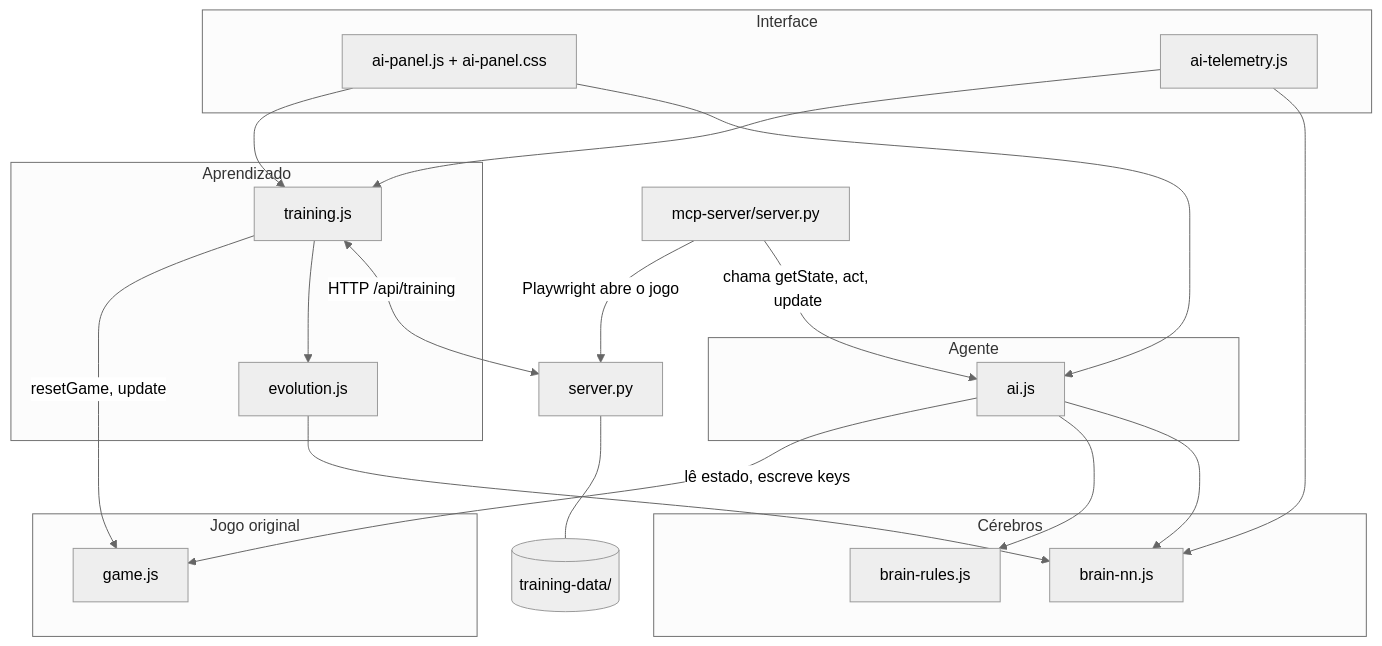
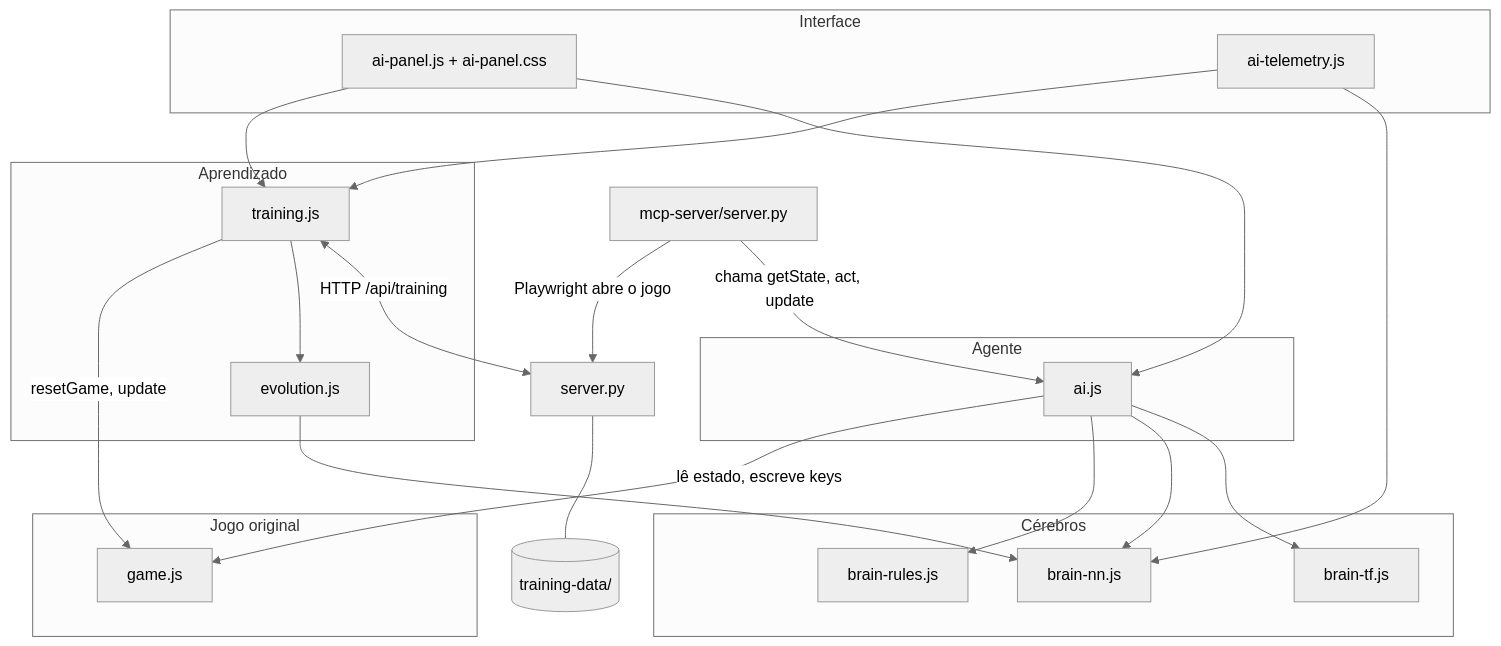
The second of 2 diagrams in docs/01-visao-geral.md (GuilhermeBrunholi/space-impact-ai), drawn with Mermaid (neutral theme) before and after one commit. The commit also changed other lines of this file and 10 other files, not shown here.

````diff
--- a/docs/01-visao-geral.md
+++ b/docs/01-visao-geral.md
@@ -137,36 +141,38 @@
 ```mermaid
 flowchart TB
     subgraph Jogo original
         game[game.js]
     end
     subgraph Cérebros
         rules[brain-rules.js]
         nn[brain-nn.js]
+        tf[brain-tf.js]
     end
     subgraph Aprendizado
         evo[evolution.js]
         train[training.js]
     end
     subgraph Agente
         ai[ai.js]
     end
     subgraph Interface
         panel[ai-panel.js + ai-panel.css]
         tele[ai-telemetry.js]
     end
     server[server.py] --- data[(training-data/)]
     mcp[mcp-server/server.py] -->|Playwright abre o jogo| server
     mcp -->|chama getState, act, update| ai
 
     ai -->|lê estado, escreve keys| game
     ai --> rules
     ai --> nn
+    ai --> tf
     train -->|resetGame, update| game
     train --> evo
     evo --> nn
     train <-->|HTTP /api/training| server
     panel --> train
     panel --> ai
     tele --> train
     tele --> nn
 ```
````
